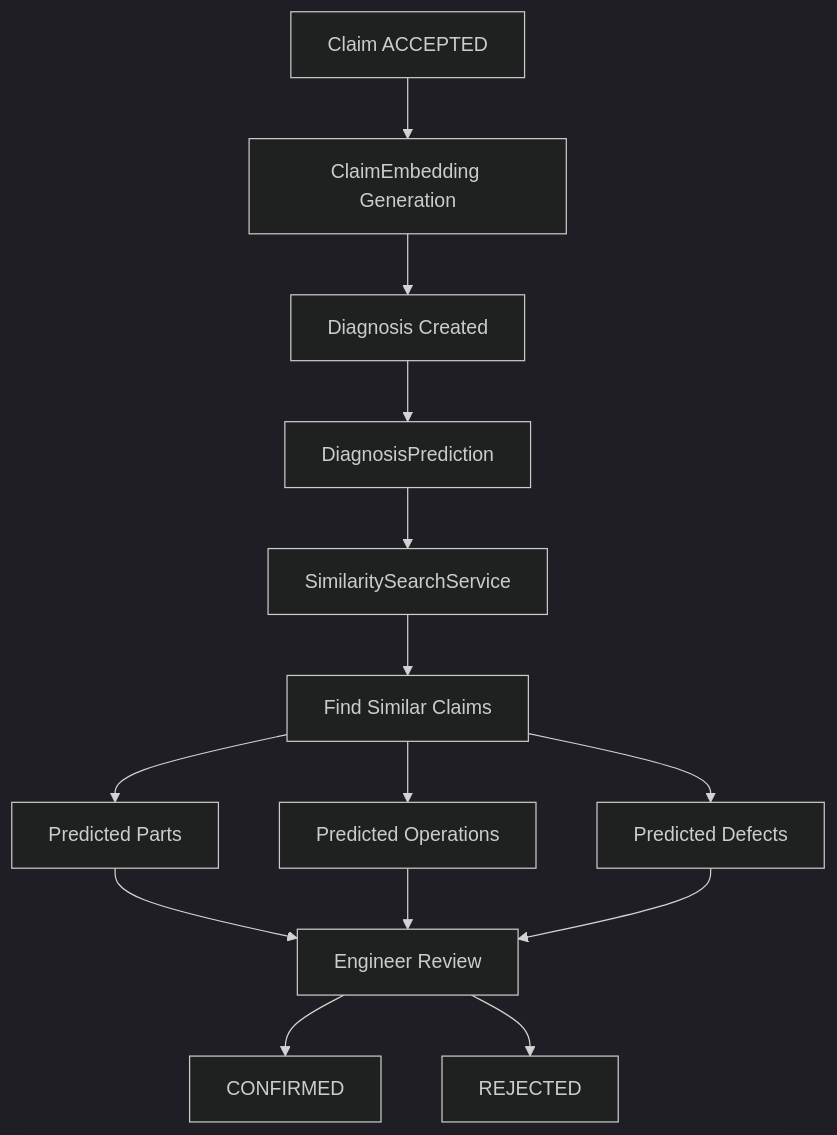
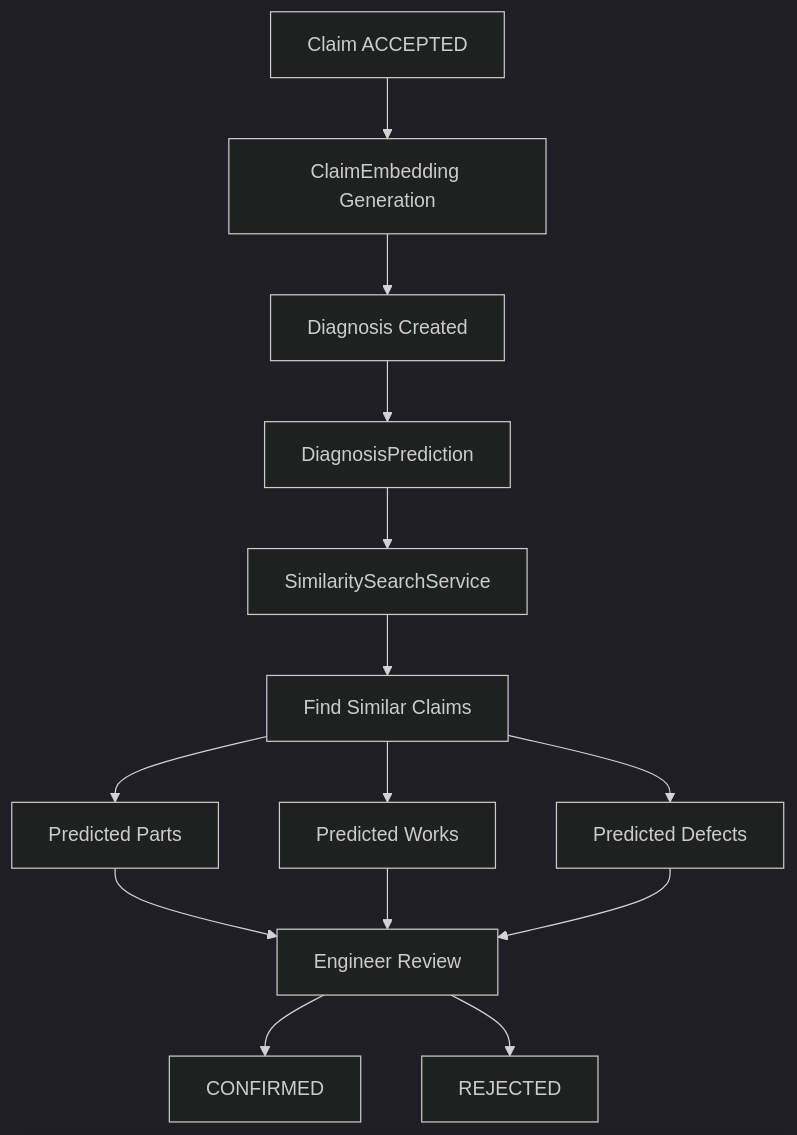
One commit to NotStancho/MediRepairTrack changed the second of 4 diagrams in docs/DSS_Architecture.md. Above: the diagram before and after it, drawn with Mermaid (dark theme). The commit also changed other lines of this file and 87 other files, not shown here.

````diff
--- a/docs/DSS_Architecture.md
+++ b/docs/DSS_Architecture.md
@@ -277,24 +277,24 @@
 ```mermaid
 graph TD
 
 A[Claim ACCEPTED] --> B[ClaimEmbedding Generation]
 
 B --> C[Diagnosis Created]
 
 C --> D[DiagnosisPrediction]
 
 D --> E[SimilaritySearchService]
 
 E --> F[Find Similar Claims]
 
 F --> G1[Predicted Parts]
-F --> G2[Predicted Operations]
+F --> G2[Predicted Works]
 F --> G3[Predicted Defects]
 
 G1 --> H[Engineer Review]
 G2 --> H
 G3 --> H
 
 H --> I[CONFIRMED]
 H --> J[REJECTED]
 ```
````
